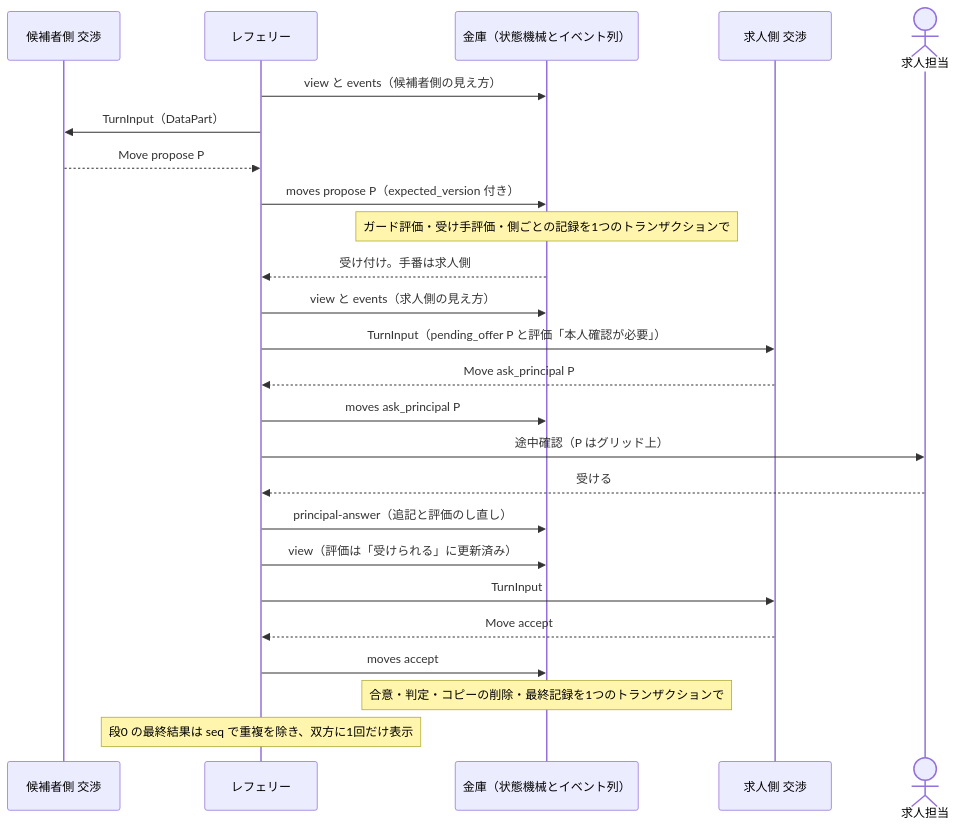
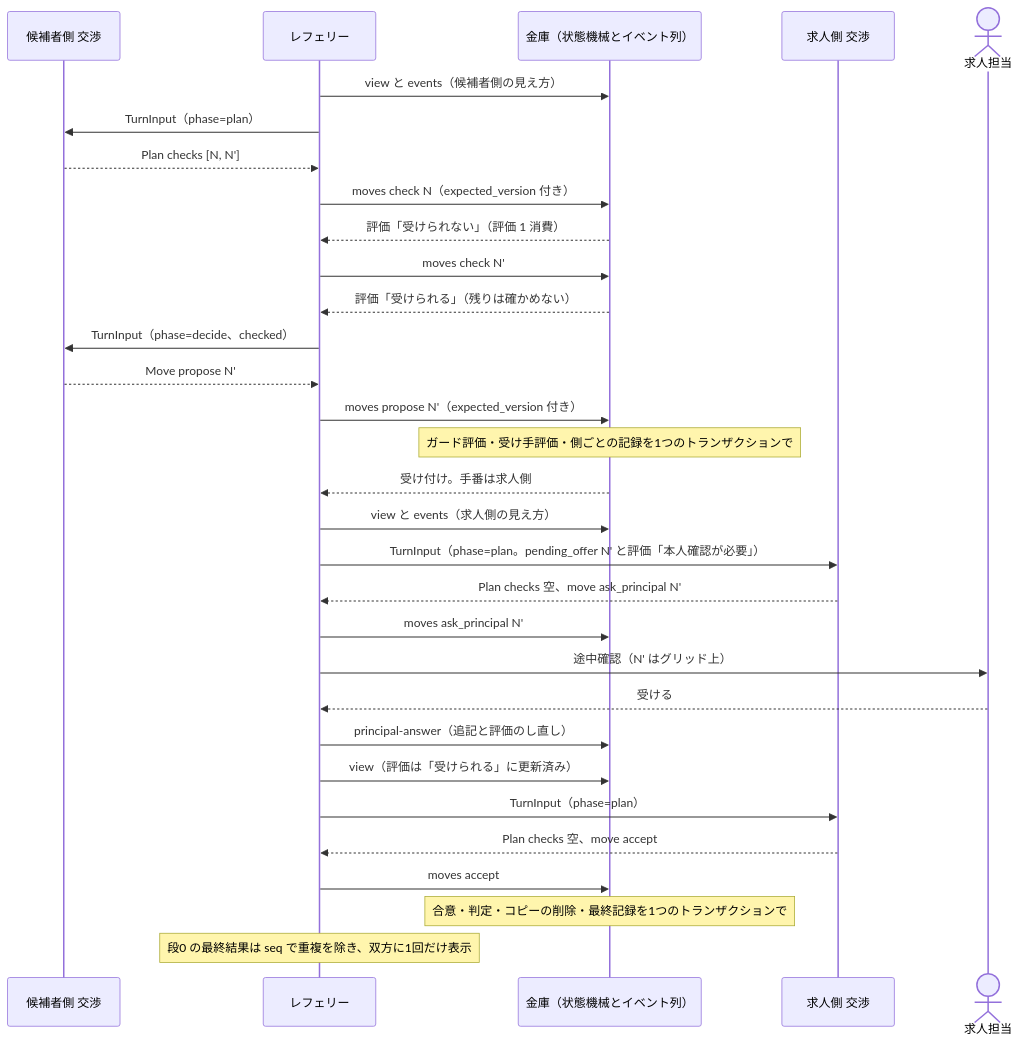
Before and after one commit to toshi-naka-boop/anon-negotiation-agent: the second of 2 diagrams in design/anon-negotiation-agent/design.md, drawn with Mermaid. The commit also changed other lines of this file and 11 other files, not shown here.

````diff
--- a/design/anon-negotiation-agent/design.md
+++ b/design/anon-negotiation-agent/design.md
@@ -486,28 +545,34 @@
 ```mermaid
 sequenceDiagram
     participant CA as 候補者側 交渉
     participant REF as レフェリー
     participant V as 金庫（状態機械とイベント列）
     participant EA as 求人側 交渉
     actor E as 求人担当
 
     REF->>V: view と events（候補者側の見え方）
-    REF->>CA: TurnInput（DataPart）
-    CA-->>REF: Move propose P
-    REF->>V: moves propose P（expected_version 付き）
+    REF->>CA: TurnInput（phase=plan）
+    CA-->>REF: Plan checks [N, N']
+    REF->>V: moves check N（expected_version 付き）
+    V-->>REF: 評価「受けられない」（評価 1 消費）
+    REF->>V: moves check N'
+    V-->>REF: 評価「受けられる」（残りは確かめない）
+    REF->>CA: TurnInput（phase=decide、checked）
+    CA-->>REF: Move propose N'
+    REF->>V: moves propose N'（expected_version 付き）
     Note over V: ガード評価・受け手評価・側ごとの記録を1つのトランザクションで
     V-->>REF: 受け付け。手番は求人側
     REF->>V: view と events（求人側の見え方）
-    REF->>EA: TurnInput（pending_offer P と評価「本人確認が必要」）
-    EA-->>REF: Move ask_principal P
-    REF->>V: moves ask_principal P
-    REF->>E: 途中確認（P はグリッド上）
+    REF->>EA: TurnInput（phase=plan。pending_offer N' と評価「本人確認が必要」）
+    EA-->>REF: Plan checks 空、move ask_principal N'
+    REF->>V: moves ask_principal N'
+    REF->>E: 途中確認（N' はグリッド上）
     E-->>REF: 受ける
     REF->>V: principal-answer（追記と評価のし直し）
     REF->>V: view（評価は「受けられる」に更新済み）
-    REF->>EA: TurnInput
-    EA-->>REF: Move accept
+    REF->>EA: TurnInput（phase=plan）
+    EA-->>REF: Plan checks 空、move accept
     REF->>V: moves accept
     Note over V: 合意・判定・コピーの削除・最終記録を1つのトランザクションで
     Note over REF: 段0 の最終結果は seq で重複を除き、双方に1回だけ表示
 ```
````
